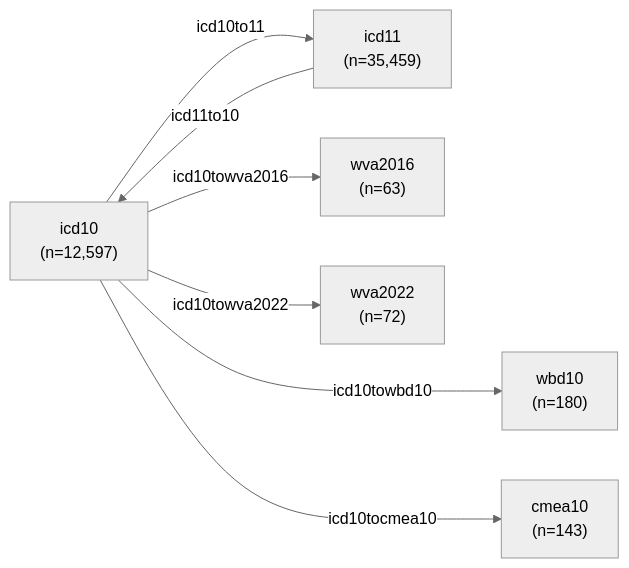
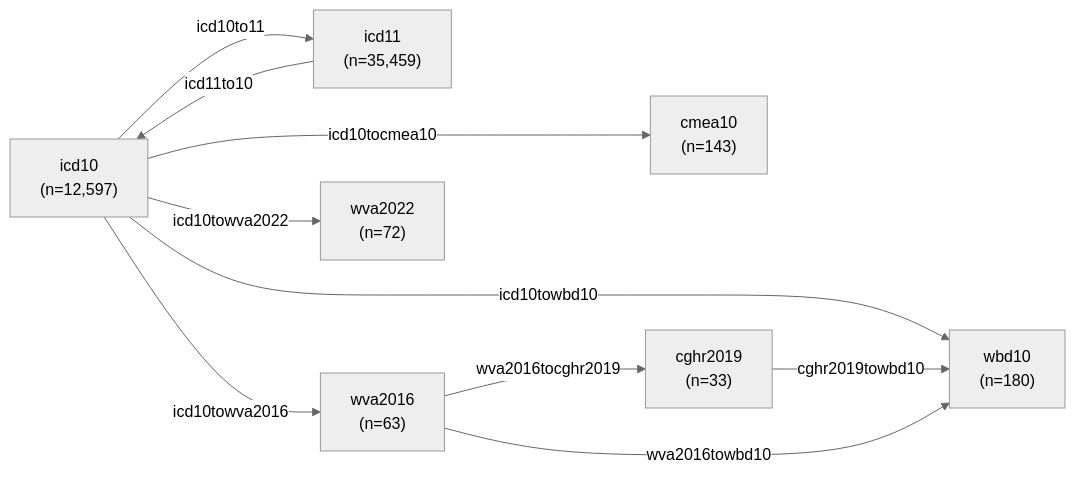
Before and after one commit to cghr-toronto/icd: the diagram in data/README.md, drawn with Mermaid (neutral theme). The commit also changed other lines of this file, not shown here.

````diff
--- a/data/README.md
+++ b/data/README.md
@@ -10,17 +10,22 @@
 ```mermaid
 flowchart LR;
 
 cmea10["cmea10<br>(n=143)"]
 wbd10["wbd10<br>(n=180)"]
 icd10["icd10<br>(n=12,597)"]
 icd11["icd11<br>(n=35,459)"]
 wva2016["wva2016<br>(n=63)"]
 wva2022["wva2022<br>(n=72)"]
+cghr2019["cghr2019<br>(n=33)"]
 
 icd10 --> |icd10to11| icd11
 icd11 --> |icd11to10| icd10
 icd10 ---> |icd10towbd10| wbd10
 icd10 ---> |icd10tocmea10| cmea10
 icd10 --> |icd10towva2016| wva2016
 icd10 --> |icd10towva2022| wva2022
+
+cghr2019 --> |cghr2019towbd10| wbd10
+wva2016 --> |wva2016tocghr2019| cghr2019
+wva2016 --> |wva2016towbd10| wbd10
 ```
````
